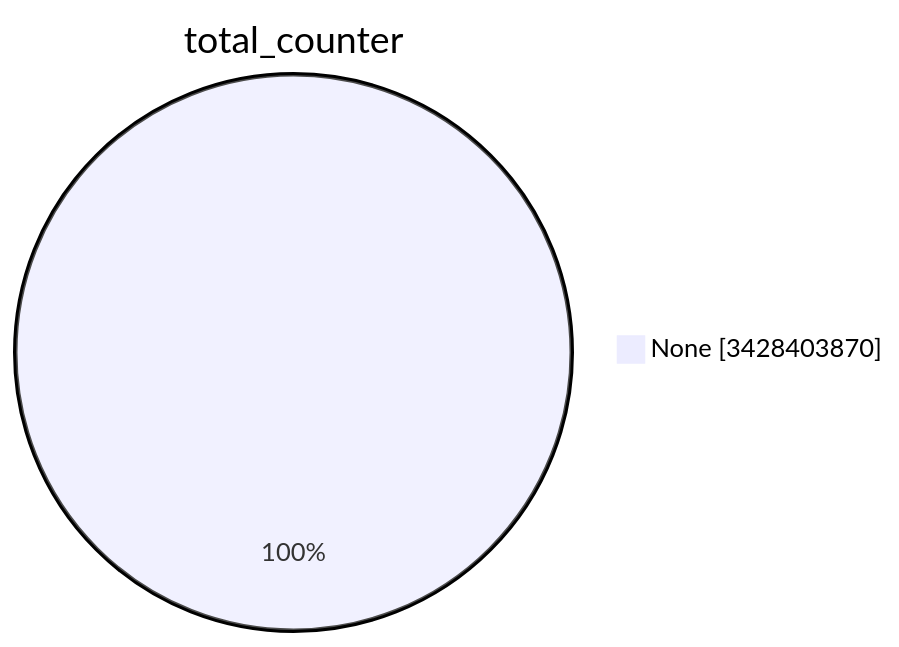
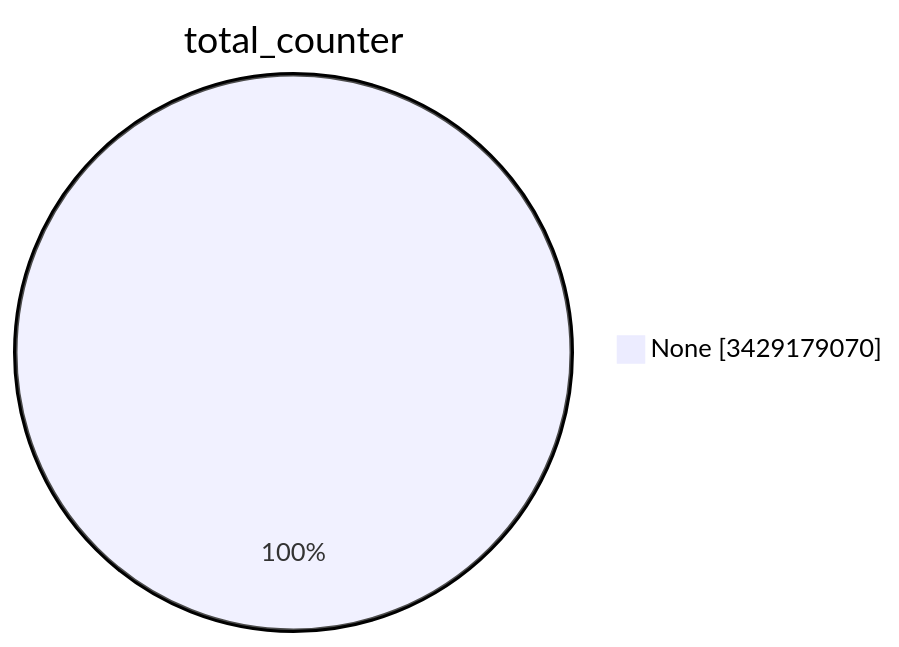
One commit to christiankrug/ctmonitor_visualization changed the first of 15 diagrams in TOTAL/README.md. Above: the diagram before and after it, drawn with Mermaid. The commit also changed other lines of this file, not shown here.

````diff
--- a/TOTAL/README.md
+++ b/TOTAL/README.md
@@ -1,5 +1,5 @@
 ```mermaid
 pie showData
 title total_counter
-"None" :3428403870
+"None" :3429179070
 ```
````
